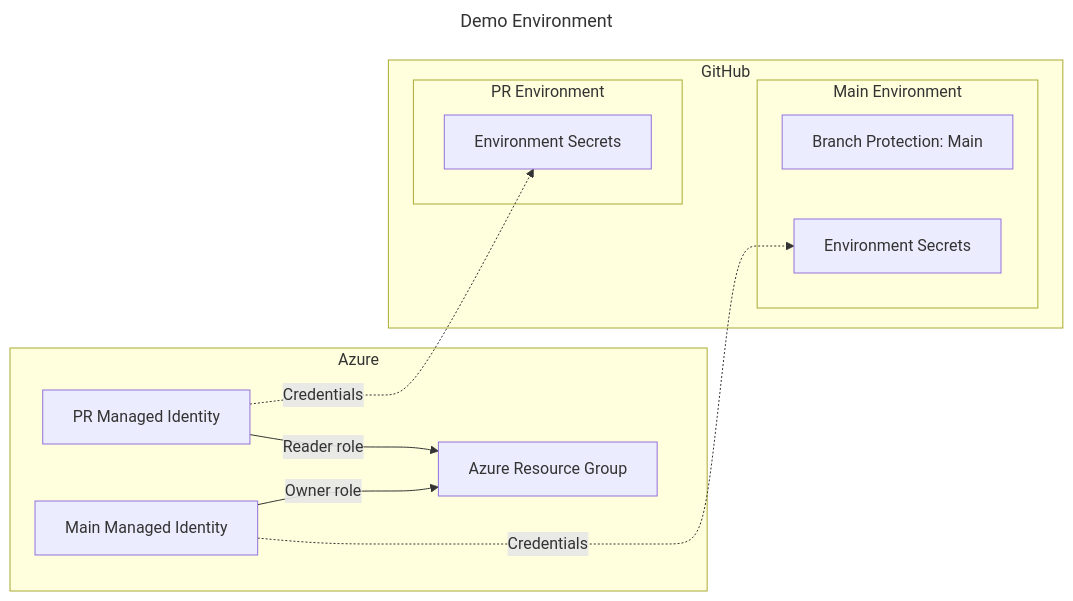
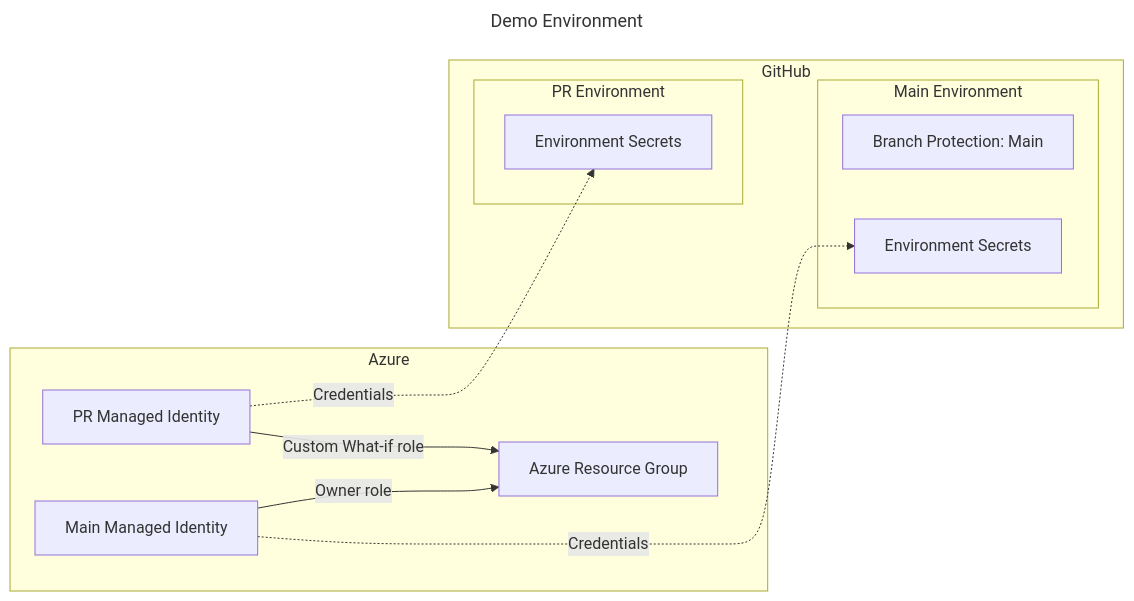
Before and after one commit to matsest/bicep-deploy-whatif-without-write-demo: the diagram in README.md, drawn with Mermaid. The commit also changed other lines of this file and 1 other file, not shown here.

Commit message:
fix: a custom role is needed

````diff
--- a/README.md
+++ b/README.md
@@ -27,26 +28,26 @@
 ```mermaid
 ---
 title: Demo Environment
 ---
 flowchart LR;
     subgraph Azure;
-        Reader["PR Managed Identity"]--Reader role-->RG["Azure Resource Group"];
+        Reader["PR Managed Identity"]--Custom What-if role-->RG["Azure Resource Group"];
         Deployer["Main Managed Identity"]--Owner role-->RG;
     end;
 
     subgraph GitHub;
 
     subgraph GitHubPR["PR Environment"];
         prSecrets["Environment Secrets"];
         Reader-. Credentials .->prSecrets;
     end;
 
     subgraph GitHubMain["Main Environment"];
         mainBranch["Branch Protection: Main"];
         mainSecrets["Environment Secrets"];
         Deployer-. Credentials .->mainSecrets;
     end;
 
     GitHubPR ~~~ GitHubMain;
     end;
 ```
````
